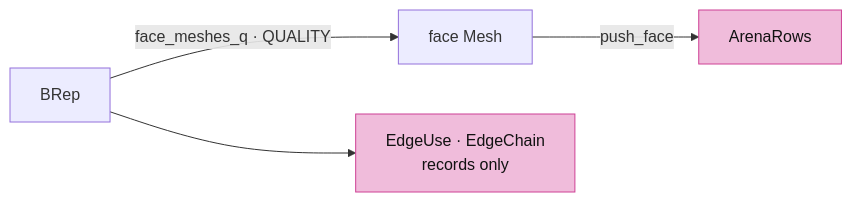
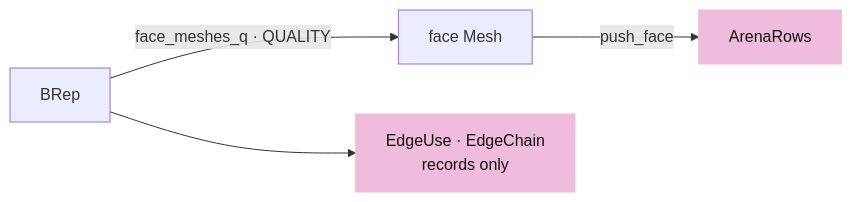
The tenth of 14 diagrams in session_viewer/docs/06-cad-contract.md (petrasvestartas/session), drawn with Mermaid before and after one commit. The commit also changed other lines of this file and 324 other files, not shown here.

````diff
--- a/session_viewer/docs/06-cad-contract.md
+++ b/session_viewer/docs/06-cad-contract.md
@@ -230,8 +274,8 @@
 ```mermaid
 flowchart LR
     B["BRep"] -- "face_meshes_q · QUALITY" --> F["face Mesh"]
     F -- "push_face" --> A["ArenaRows"]
     B --> E["EdgeUse · EdgeChain<br/>records only"]
-    style A fill:#f0bcdb,stroke:#ce4095,color:#111
-    style E fill:#f0bcdb,stroke:#ce4095,color:#111
+    style A fill:#f0bcdb,stroke:#f0bcdb,color:#111
+    style E fill:#f0bcdb,stroke:#f0bcdb,color:#111
 ```
````
